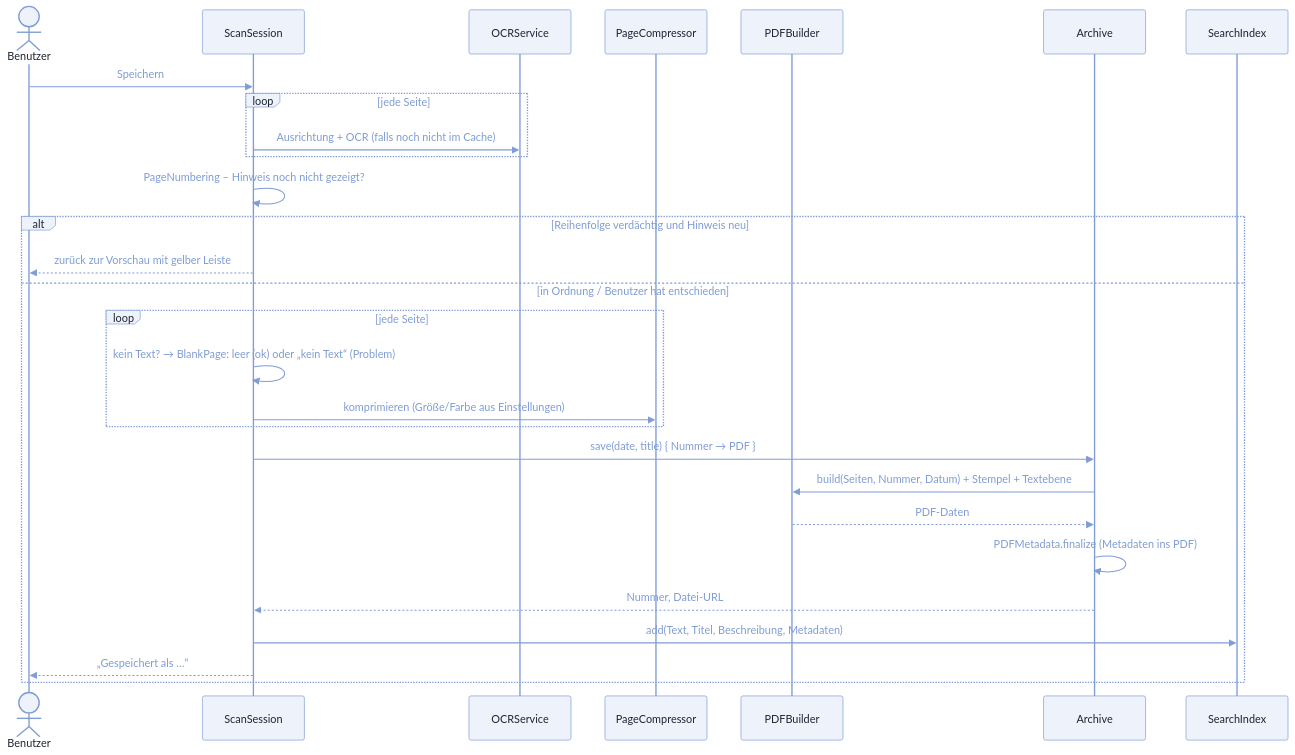
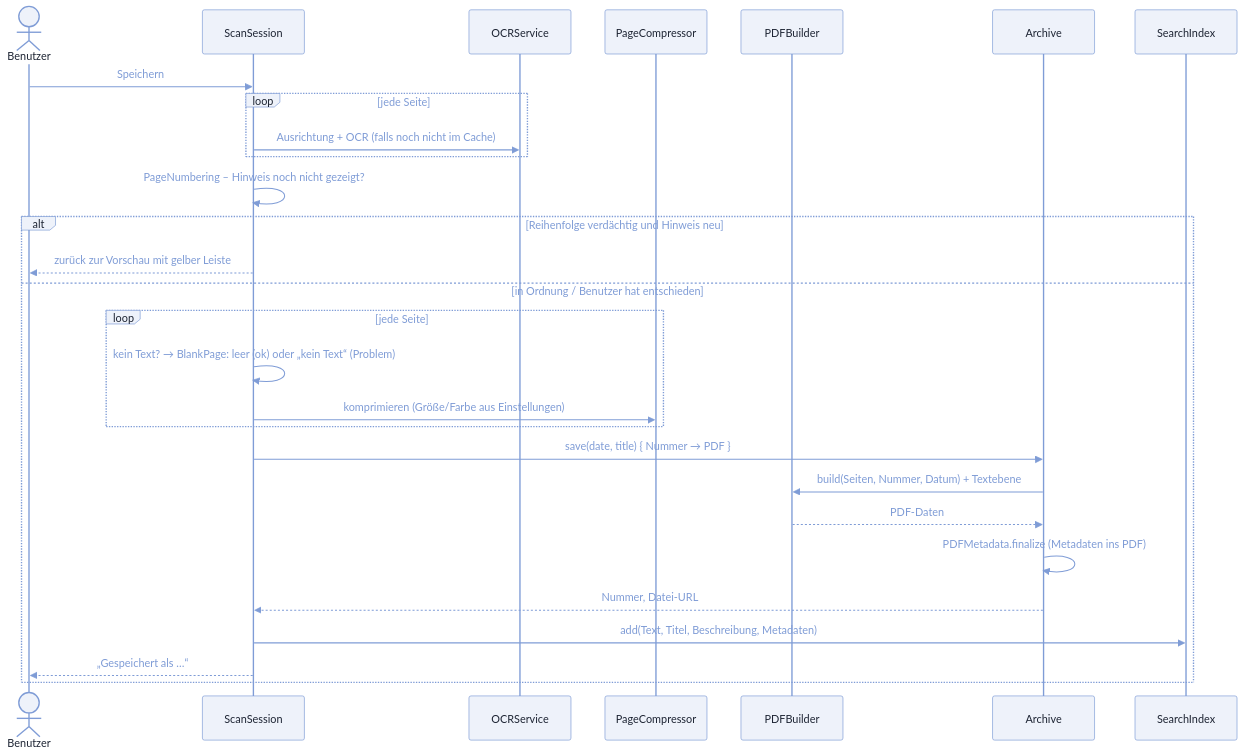
One commit to maziac/the-archiver-src changed the seventh of 14 diagrams in docs/ARCHITEKTUR.md. Above: the diagram before and after it, drawn with Mermaid. The commit also changed other lines of this file and 24 other files, not shown here.

````diff
--- a/docs/ARCHITEKTUR.md
+++ b/docs/ARCHITEKTUR.md
@@ -271,32 +272,32 @@
 ```mermaid
 %%{init: {"theme": "base", "themeVariables": {"lineColor": "#7f9cd6", "primaryColor": "#eef2fa", "primaryTextColor": "#1d2433", "primaryBorderColor": "#7f9cd6", "secondaryColor": "#f3f0fa", "tertiaryColor": "#f6f8fc", "clusterBkg": "#f6f8fc", "clusterBorder": "#7f9cd6", "titleColor": "#1d2433", "edgeLabelBackground": "#ffffff", "textColor": "#1d2433", "signalColor": "#7f9cd6", "signalTextColor": "#7f9cd6", "actorBkg": "#eef2fa", "actorBorder": "#7f9cd6", "actorTextColor": "#1d2433", "actorLineColor": "#7f9cd6", "labelBoxBkgColor": "#eef2fa", "labelTextColor": "#1d2433", "loopTextColor": "#7f9cd6", "noteBkgColor": "#fff7d6", "noteTextColor": "#1d2433"}, "themeCSS": ".flowchart-link, .messageLine0, .messageLine1, .actor-line { stroke-width: 2px !important; }"}}%%
 sequenceDiagram
     actor U as Benutzer
     participant S as ScanSession
     participant O as OCRService
     participant C as PageCompressor
     participant B as PDFBuilder
     participant A as Archive
     participant I as SearchIndex
 
     U->>S: Speichern
     loop jede Seite
         S->>O: Ausrichtung + OCR (falls noch nicht im Cache)
     end
     S->>S: PageNumbering – Hinweis noch nicht gezeigt?
     alt Reihenfolge verdächtig und Hinweis neu
         S-->>U: zurück zur Vorschau mit gelber Leiste
     else in Ordnung / Benutzer hat entschieden
         loop jede Seite
             S->>S: kein Text? → BlankPage: leer (ok) oder „kein Text“ (Problem)
             S->>C: komprimieren (Größe/Farbe aus Einstellungen)
         end
         S->>A: save(date, title) { Nummer → PDF }
-        A->>B: build(Seiten, Nummer, Datum) + Stempel + Textebene
+        A->>B: build(Seiten, Nummer, Datum) + Textebene
         B-->>A: PDF-Daten
         A->>A: PDFMetadata.finalize (Metadaten ins PDF)
         A-->>S: Nummer, Datei-URL
         S->>I: add(Text, Titel, Beschreibung, Metadaten)
         S-->>U: „Gespeichert als …“
     end
 ```
````
